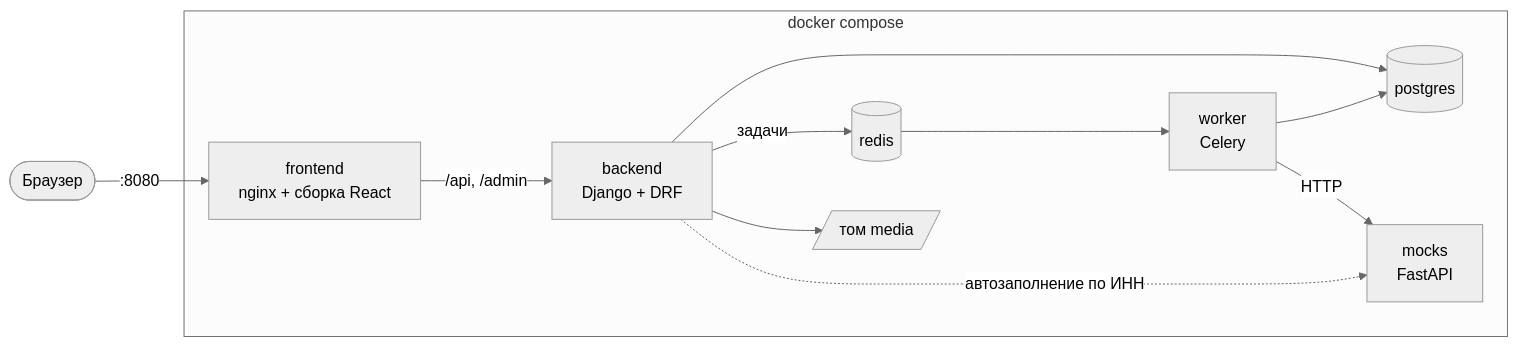
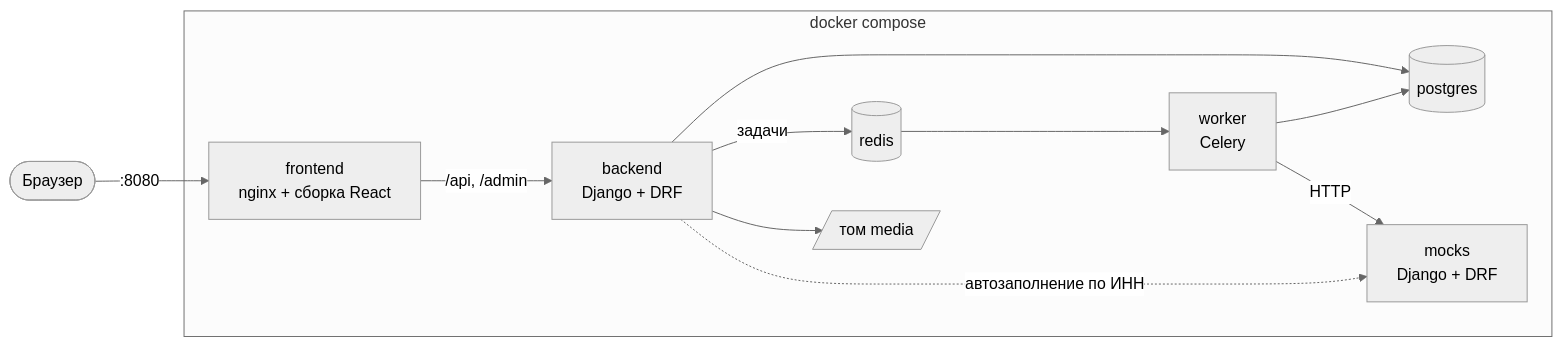
The first of 3 diagrams in docs/04-architecture.md (Lev2307/sme-credit), drawn with Mermaid (neutral theme) before and after one commit. The commit also changed other lines of this file and 44 other files, not shown here.

Commit message:
feat(mocks): добавил моки ЕГРЮЛ, «Прозрачного бизнеса» и БКИ на Django + DRF с доступом по API-ключу и 6 тестовыми компаниями в JSON. обновил доки (FastAPI → Django) и .env.exampl

````diff
--- a/docs/04-architecture.md
+++ b/docs/04-architecture.md
@@ -26,24 +26,24 @@
 ```mermaid
 flowchart LR
     browser([Браузер])
 
     subgraph compose [docker compose]
         frontend["frontend<br/>nginx + сборка React"]
         backend["backend<br/>Django + DRF"]
         worker["worker<br/>Celery"]
-        mocks["mocks<br/>FastAPI"]
+        mocks["mocks<br/>Django + DRF"]
         postgres[(postgres)]
         redis[(redis)]
         media[/том media/]
     end
 
     browser -->|":8080"| frontend
     frontend -->|"/api, /admin"| backend
     backend --> postgres
     backend -->|задачи| redis
     backend --> media
     redis --> worker
     worker --> postgres
     worker -->|HTTP| mocks
     backend -.->|автозаполнение по ИНН| mocks
 ```
````
